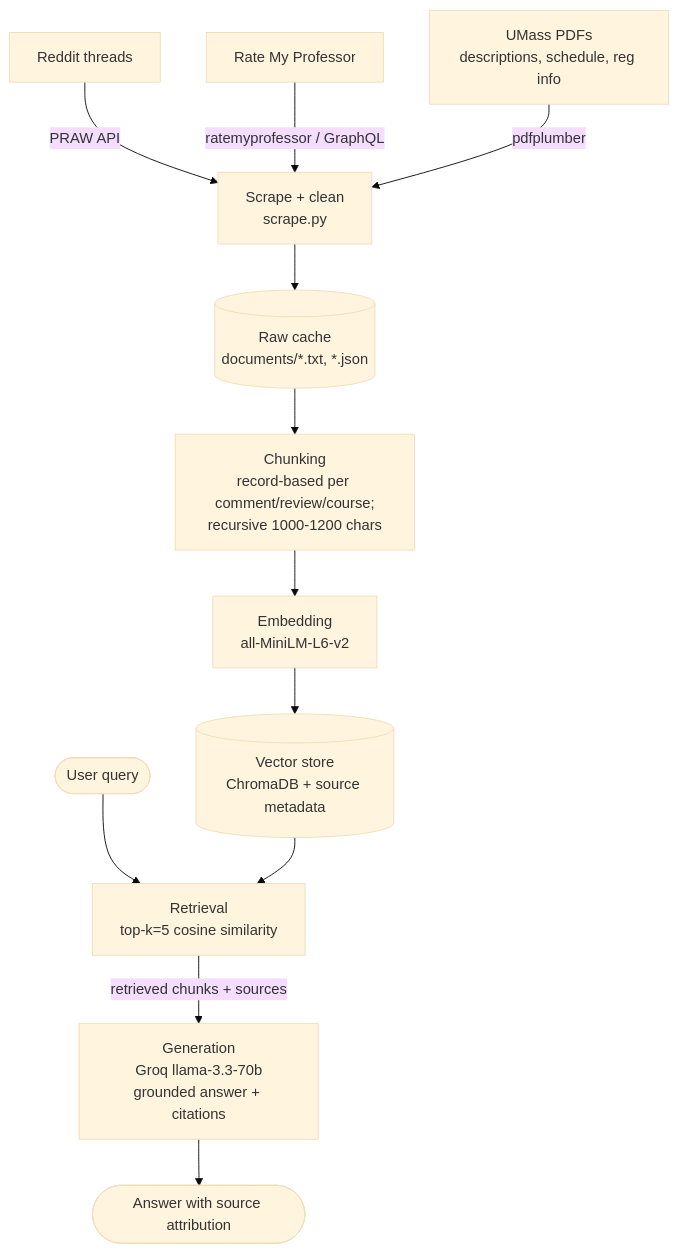
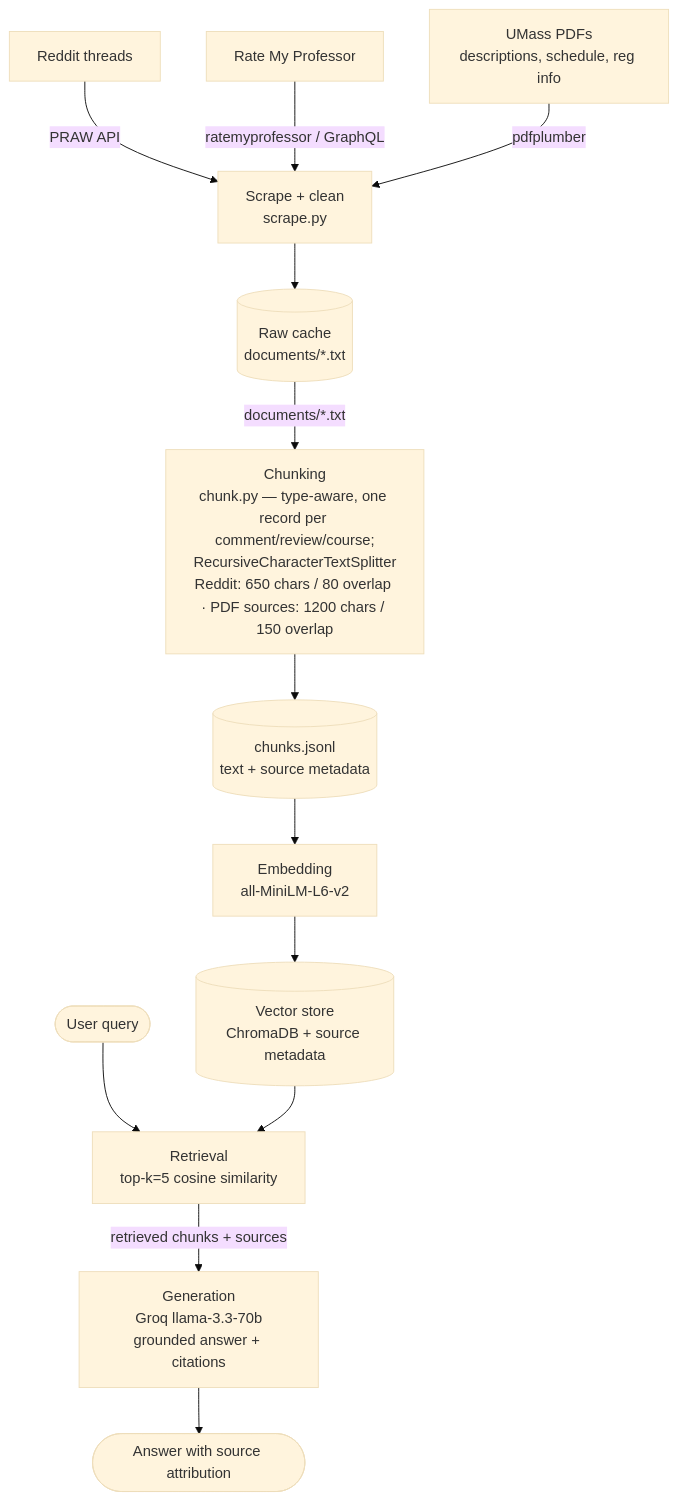
One commit to chauvihue/ai201-project1-unofficial-guide-starter changed the diagram in planning.md. Above: the diagram before and after it, drawn with Mermaid (base theme). The commit also changed other lines of this file and 29 other files, not shown here.

Commit message:
Mileston 3 - debug and added custom recursive chunking rule for Reddit thread

````diff
--- a/planning.md
+++ b/planning.md
@@ -125,28 +140,29 @@
 ```mermaid
 flowchart TD
   %% ---- Sources ----
   R[Reddit threads]
   P[Rate My Professor]
   U[UMass PDFs<br/>descriptions, schedule, reg info]
 
   %% ---- Stage 1: Ingestion / scraping ----
   R -->|PRAW API| S
   P -->|ratemyprofessor / GraphQL| S
   U -->|pdfplumber| S
-  S[Scrape + clean<br/>scrape.py] --> CACHE[(Raw cache<br/>documents/*.txt, *.json)]
+  S[Scrape + clean<br/>scrape.py] --> CACHE[(Raw cache<br/>documents/*.txt)]
 
   %% ---- Stage 2: Chunking ----
-  CACHE --> B[Chunking<br/>record-based per comment/review/course;<br/>recursive 1000-1200 chars]
+  CACHE -->|documents/*.txt| B[Chunking<br/>chunk.py — type-aware, one record per comment/review/course;<br/>RecursiveCharacterTextSplitter<br/>Reddit: 650 chars / 80 overlap · PDF sources: 1200 chars / 150 overlap]
+  B --> CHUNKS[(chunks.jsonl<br/>text + source metadata)]
 
   %% ---- Stage 3: Embedding + Vector store ----
-  B --> C[Embedding<br/>all-MiniLM-L6-v2]
+  CHUNKS --> C[Embedding<br/>all-MiniLM-L6-v2]
   C --> D[(Vector store<br/>ChromaDB + source metadata)]
 
   %% ---- Stage 4: Retrieval ----
   Q([User query]) --> E[Retrieval<br/>top-k=5 cosine similarity]
   D --> E
 
   %% ---- Stage 5: Generation ----
   E -->|retrieved chunks + sources| F[Generation<br/>Groq llama-3.3-70b<br/>grounded answer + citations]
   F --> ANS([Answer with source attribution])
 ```
````
